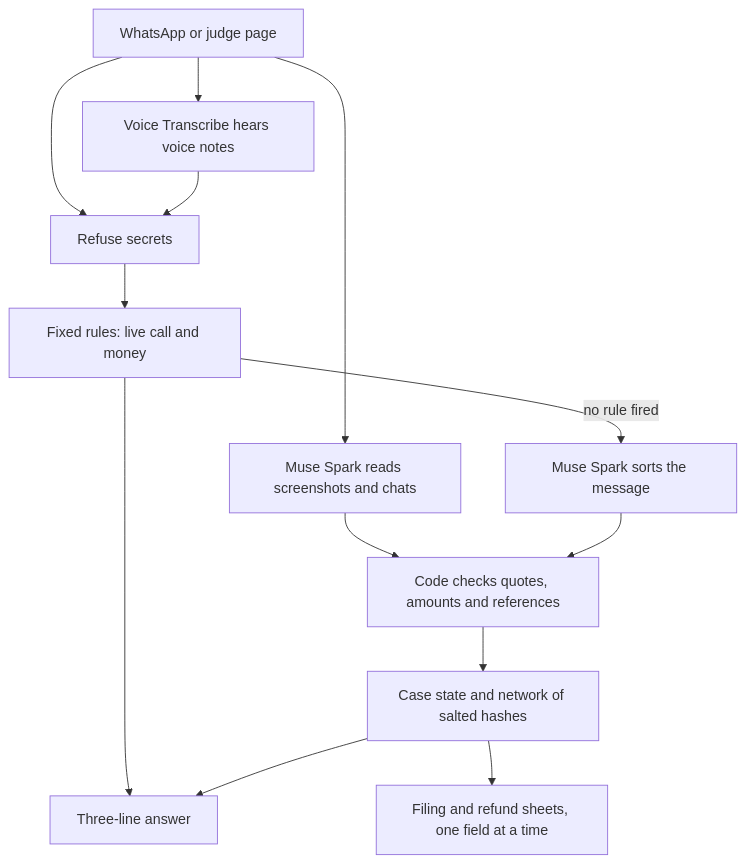
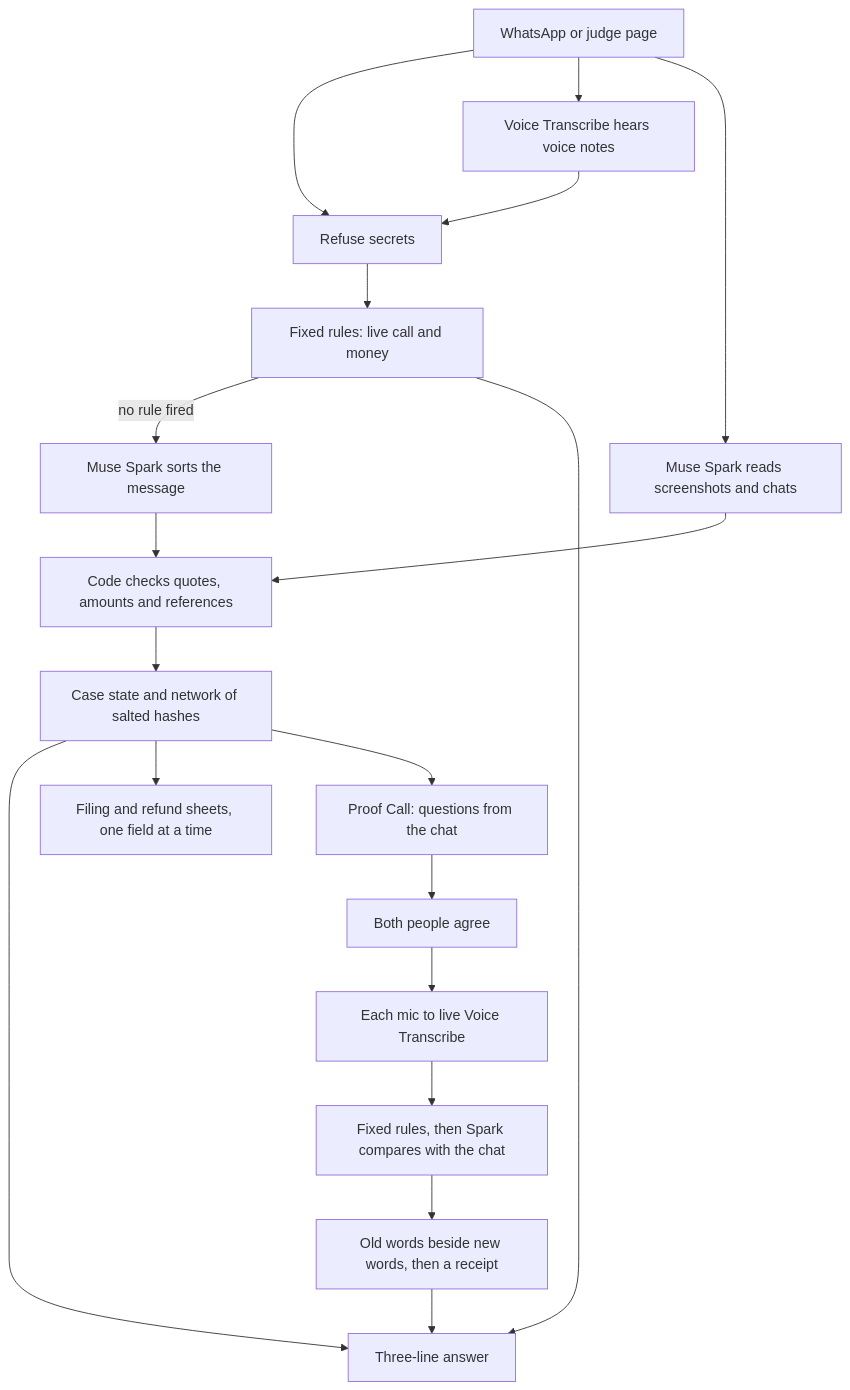
The diagram in README.md (niranjanthiyagarajan10-pixel/red-thread), drawn with Mermaid before and after one commit. The commit also changed other lines of this file and 16 other files, not shown here.

First line of the commit message:
Add the Proof Call: consent, live cards, receipt and judge routes

````diff
--- a/README.md
+++ b/README.md
@@ -38,15 +43,21 @@
 ```mermaid
 flowchart TD
     A[WhatsApp or judge page] --> B[Refuse secrets]
     B --> C[Fixed rules: live call and money]
     C -->|no rule fired| D[Muse Spark sorts the message]
     A --> E[Voice Transcribe hears voice notes]
     A --> F[Muse Spark reads screenshots and chats]
     E --> B
     F --> G[Code checks quotes, amounts and references]
     D --> G
     C --> H[Three-line answer]
     G --> I[Case state and network of salted hashes]
     I --> H
     I --> J[Filing and refund sheets, one field at a time]
+    I --> K[Proof Call: questions from the chat]
+    K --> L[Both people agree]
+    L --> M[Each mic to live Voice Transcribe]
+    M --> N[Fixed rules, then Spark compares with the chat]
+    N --> O[Old words beside new words, then a receipt]
+    O --> H
 ```
````
